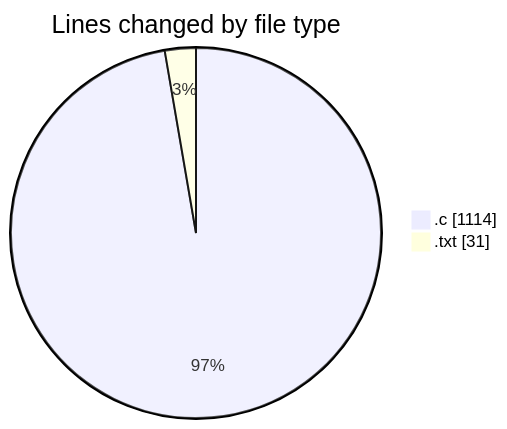
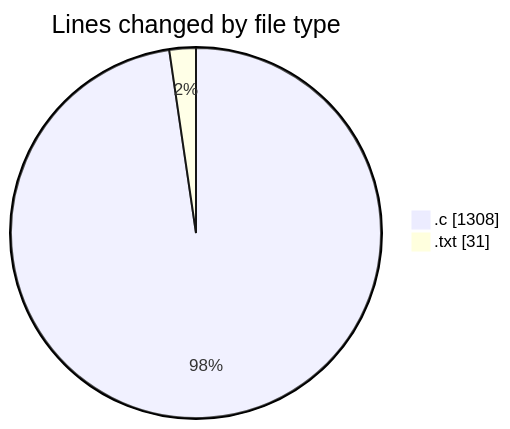
Before and after one commit to Ritupan-Deka/code-tracking: the first of 2 diagrams in 2025-01-26/search/README.md, drawn with Mermaid. The commit also changed other lines of this file and 1 other file, not shown here.

````diff
--- a/2025-01-26/search/README.md
+++ b/2025-01-26/search/README.md
@@ -22,6 +22,6 @@
 ```mermaid
 pie showData
 title Lines changed by file type
-".c" : 1114
+".c" : 1308
 ".txt" : 31
 ```
````
